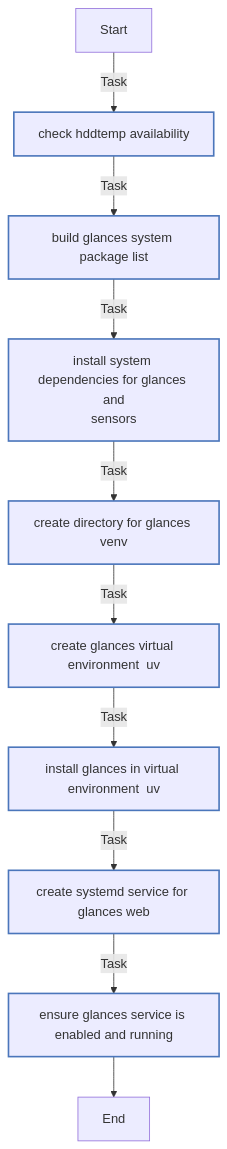
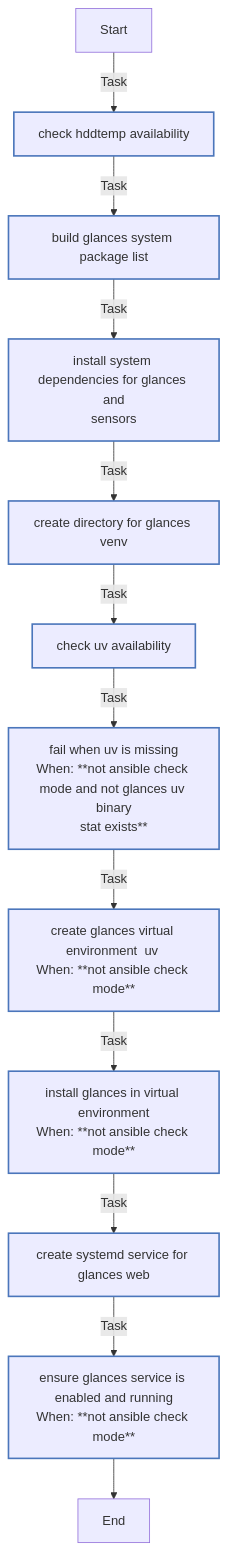
Before and after one commit to rou-cru/k3s-homelab: the diagram in roles/glances/README.md, drawn with Mermaid. The commit also changed other lines of this file and 57 other files, not shown here.

````diff
--- a/roles/glances/README.md
+++ b/roles/glances/README.md
@@ -149,22 +154,24 @@
 ```mermaid
 flowchart TD
 Start
 classDef block stroke:#3498db,stroke-width:2px;
 classDef task stroke:#4b76bb,stroke-width:2px;
 classDef includeTasks stroke:#16a085,stroke-width:2px;
 classDef importTasks stroke:#34495e,stroke-width:2px;
 classDef includeRole stroke:#2980b9,stroke-width:2px;
 classDef importRole stroke:#699ba7,stroke-width:2px;
 classDef includeVars stroke:#8e44ad,stroke-width:2px;
 classDef rescue stroke:#665352,stroke-width:2px;
 
   Start-->|Task| Check_hddtemp_availability0[check hddtemp availability]:::task
   Check_hddtemp_availability0-->|Task| Build_Glances_system_package_list1[build glances system package list]:::task
   Build_Glances_system_package_list1-->|Task| Install_system_dependencies_for_Glances_and_sensors2[install system dependencies for glances and<br>sensors]:::task
   Install_system_dependencies_for_Glances_and_sensors2-->|Task| Create_directory_for_Glances_venv3[create directory for glances venv]:::task
-  Create_directory_for_Glances_venv3-->|Task| Create_Glances_virtual_environment__uv_4[create glances virtual environment  uv ]:::task
-  Create_Glances_virtual_environment__uv_4-->|Task| Install_Glances_in_virtual_environment__uv_5[install glances in virtual environment  uv ]:::task
-  Install_Glances_in_virtual_environment__uv_5-->|Task| Create_Systemd_service_for_Glances_Web6[create systemd service for glances web]:::task
-  Create_Systemd_service_for_Glances_Web6-->|Task| Ensure_Glances_service_is_enabled_and_running7[ensure glances service is enabled and running]:::task
-  Ensure_Glances_service_is_enabled_and_running7-->End
+  Create_directory_for_Glances_venv3-->|Task| Check_uv_availability4[check uv availability]:::task
+  Check_uv_availability4-->|Task| Fail_when_uv_is_missing5[fail when uv is missing<br>When: **not ansible check mode and not glances uv binary<br>stat exists**]:::task
+  Fail_when_uv_is_missing5-->|Task| Create_Glances_virtual_environment__uv_6[create glances virtual environment  uv <br>When: **not ansible check mode**]:::task
+  Create_Glances_virtual_environment__uv_6-->|Task| Install_Glances_in_virtual_environment7[install glances in virtual environment<br>When: **not ansible check mode**]:::task
+  Install_Glances_in_virtual_environment7-->|Task| Create_Systemd_service_for_Glances_Web8[create systemd service for glances web]:::task
+  Create_Systemd_service_for_Glances_Web8-->|Task| Ensure_Glances_service_is_enabled_and_running9[ensure glances service is enabled and running<br>When: **not ansible check mode**]:::task
+  Ensure_Glances_service_is_enabled_and_running9-->End
 ```
````
